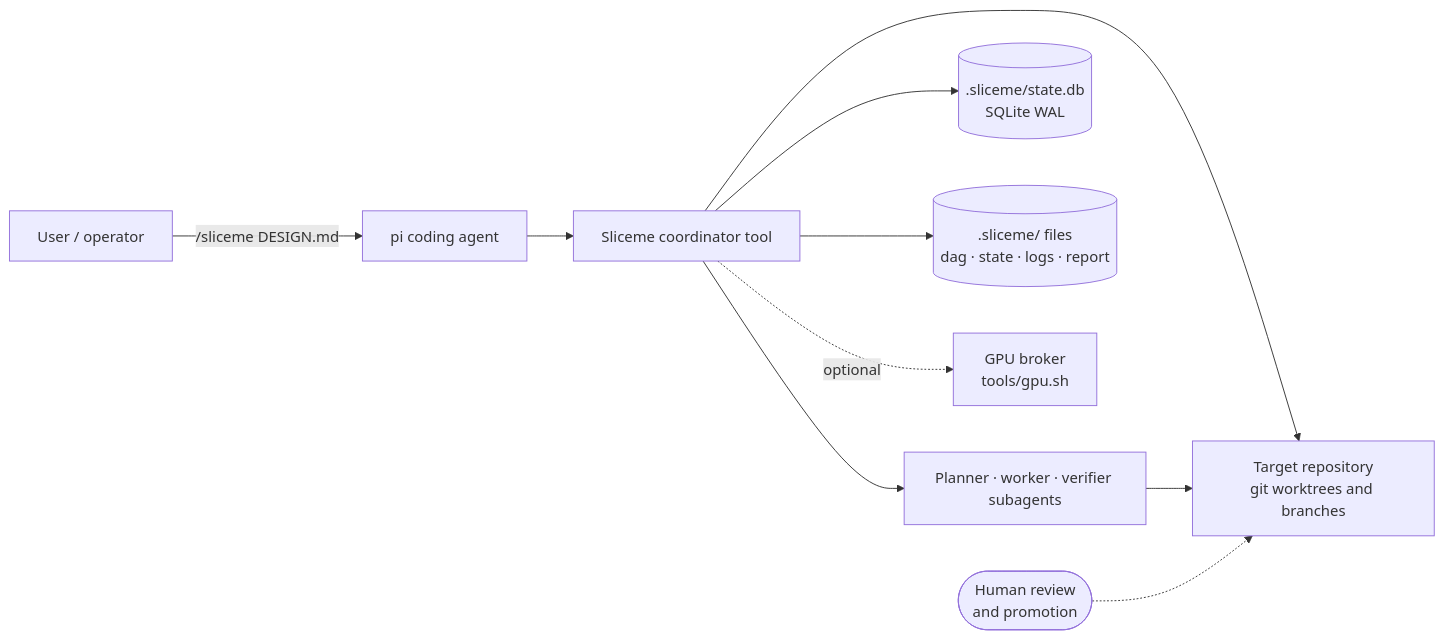
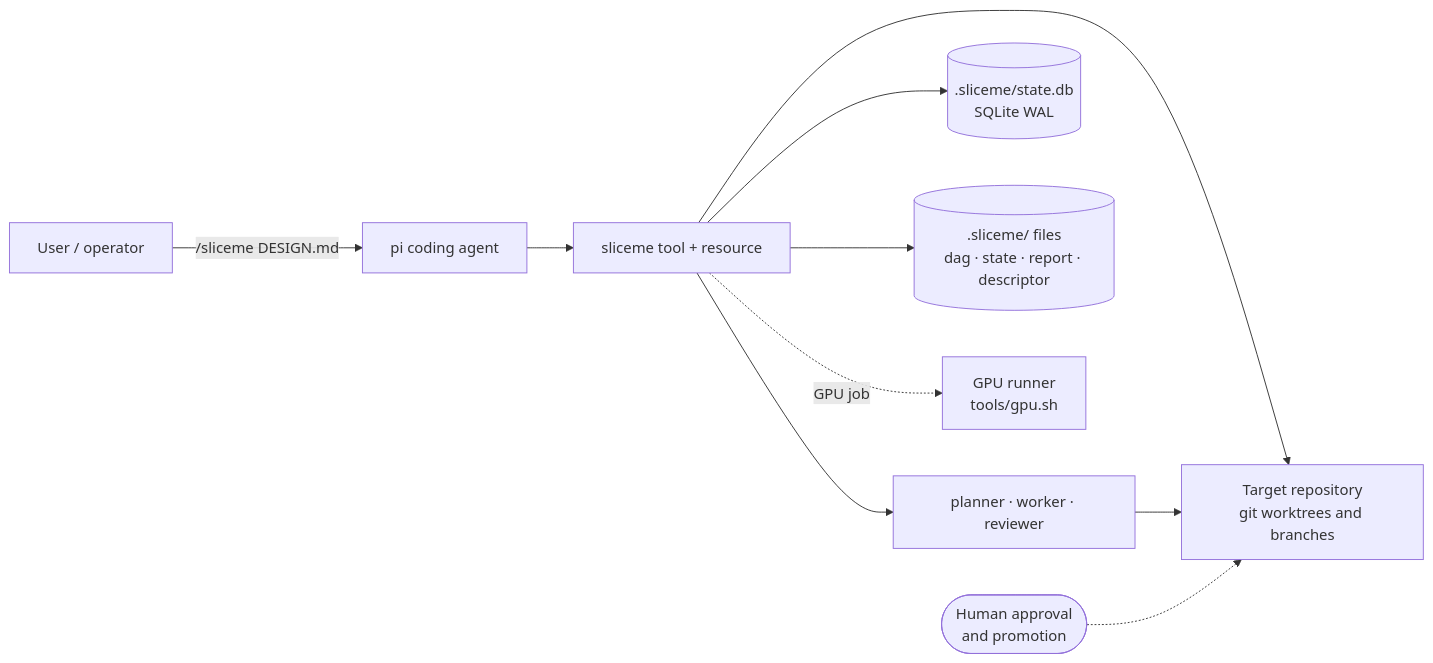
Before and after one commit to ming6ao/sliceme: the first of 10 diagrams in docs/architecture.md, drawn with Mermaid. The commit also changed other lines of this file and 77 other files, not shown here.

````diff
--- a/docs/architecture.md
+++ b/docs/architecture.md
@@ -48,12 +50,12 @@
 ```mermaid
 flowchart LR
   U["User / operator"] -->|"/sliceme DESIGN.md"| PI["pi coding agent"]
-  PI --> SL["Sliceme coordinator tool"]
-  SL --> AG["Planner · worker · verifier subagents"]
+  PI --> SL["sliceme tool + resource"]
+  SL --> AG["planner · worker · reviewer"]
   SL --> REPO["Target repository<br/>git worktrees and branches"]
   AG --> REPO
   SL --> DB[(".sliceme/state.db<br/>SQLite WAL")]
-  SL --> FS[(".sliceme/ files<br/>dag · state · logs · report")]
-  SL -.->|"optional"| GPU["GPU broker<br/>tools/gpu.sh"]
-  PIUSER(["Human review<br/>and promotion"]) -.-> REPO
+  SL --> FS[(".sliceme/ files<br/>dag · state · report · descriptor")]
+  SL -.->|"GPU job"| GPU["GPU runner<br/>tools/gpu.sh"]
+  PIUSER(["Human approval<br/>and promotion"]) -.-> REPO
 ```
````
